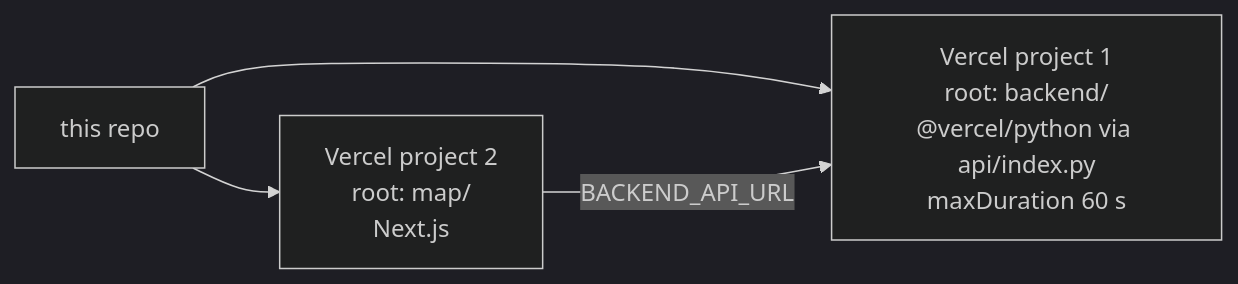
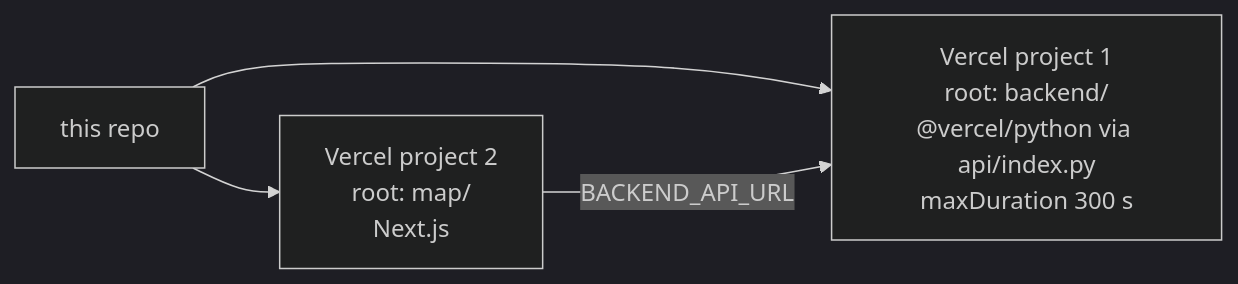
Before and after one commit to AidanColvin/map-elt-research-graph-3: diagram 14 of 16 in README.md, drawn with Mermaid (dark theme). The commit also changed other lines of this file, not shown here.

````diff
--- a/README.md
+++ b/README.md
@@ -720,6 +742,6 @@
 ```mermaid
 flowchart LR
-    R[this repo] --> V1["Vercel project 1\nroot: backend/\n@vercel/python via api/index.py\nmaxDuration 60 s"]
+    R[this repo] --> V1["Vercel project 1\nroot: backend/\n@vercel/python via api/index.py\nmaxDuration 300 s"]
     R --> V2["Vercel project 2\nroot: map/\nNext.js"]
     V2 -- "BACKEND_API_URL" --> V1
 ```
````
